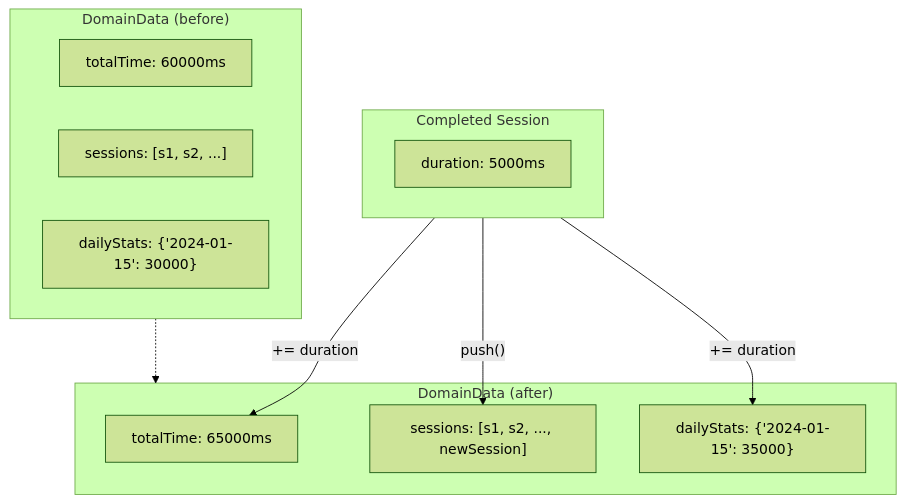
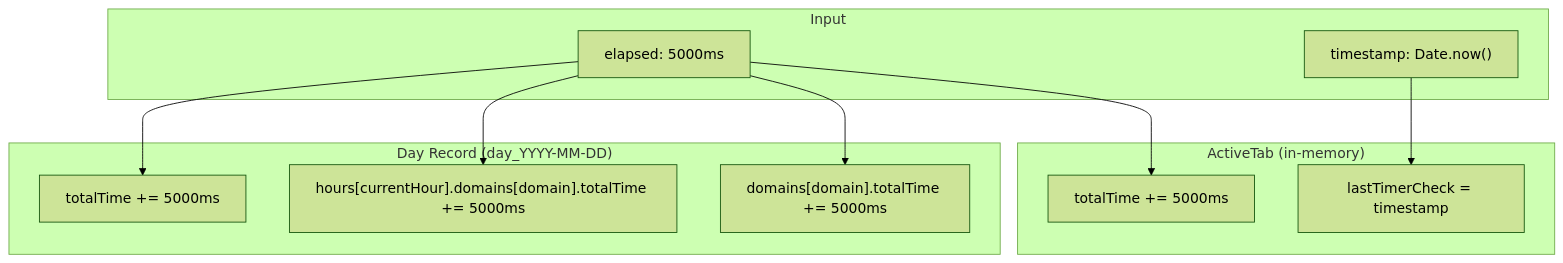
Before and after one commit to JayDosunmu/web-time-tracker: the fourth of 9 diagrams in docs/architecture-dataflow.md, drawn with Mermaid (forest theme). The commit also changed other lines of this file and 4 other files, not shown here.

Commit message:
Update documentation for architecture

````diff
--- a/docs/architecture-dataflow.md
+++ b/docs/architecture-dataflow.md
@@ -146,23 +166,24 @@
 ```mermaid
 flowchart TD
-    subgraph Session["Completed Session"]
-        duration["duration: 5000ms"]
+    subgraph Input
+        elapsed["elapsed: 5000ms"]
+        timestamp["timestamp: Date.now()"]
     end
 
-    subgraph Before["DomainData (before)"]
-        totalBefore["totalTime: 60000ms"]
-        sessionsBefore["sessions: [s1, s2, ...]"]
-        dailyBefore["dailyStats: {'2024-01-15': 30000}"]
+    subgraph DayRecord["Day Record (day_YYYY-MM-DD)"]
+        dayTotal["totalTime += 5000ms"]
+        hourData["hours[currentHour].domains[domain].totalTime += 5000ms"]
+        dayDomain["domains[domain].totalTime += 5000ms"]
     end
 
-    subgraph After["DomainData (after)"]
-        totalAfter["totalTime: 65000ms"]
-        sessionsAfter["sessions: [s1, s2, ..., newSession]"]
-        dailyAfter["dailyStats: {'2024-01-15': 35000}"]
+    subgraph ActiveTab["ActiveTab (in-memory)"]
+        tabTotal["totalTime += 5000ms"]
+        checkpoint["lastTimerCheck = timestamp"]
     end
 
-    Session --> |"+= duration"| totalAfter
-    Session --> |"push()"| sessionsAfter
-    Session --> |"+= duration"| dailyAfter
-    Before -.-> After
+    elapsed --> dayTotal
+    elapsed --> hourData
+    elapsed --> dayDomain
+    elapsed --> tabTotal
+    timestamp --> checkpoint
 ```
````
